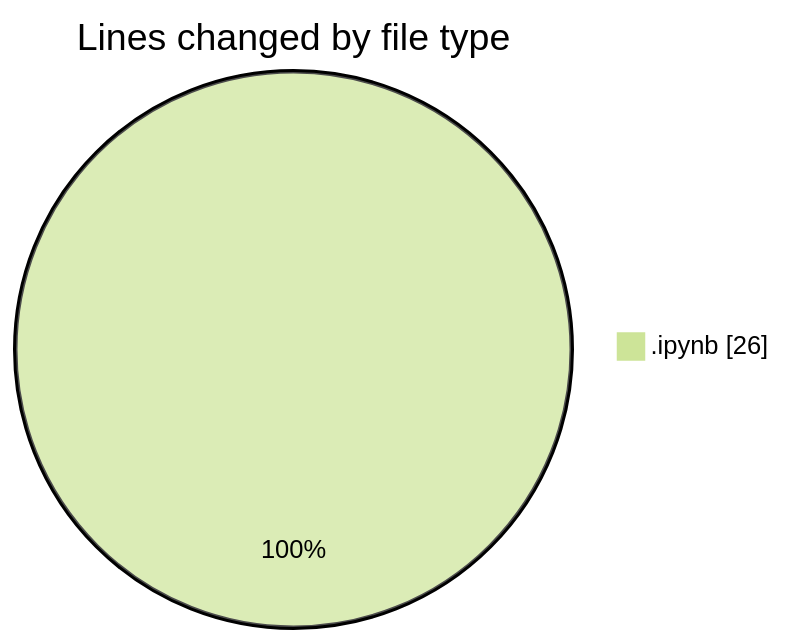
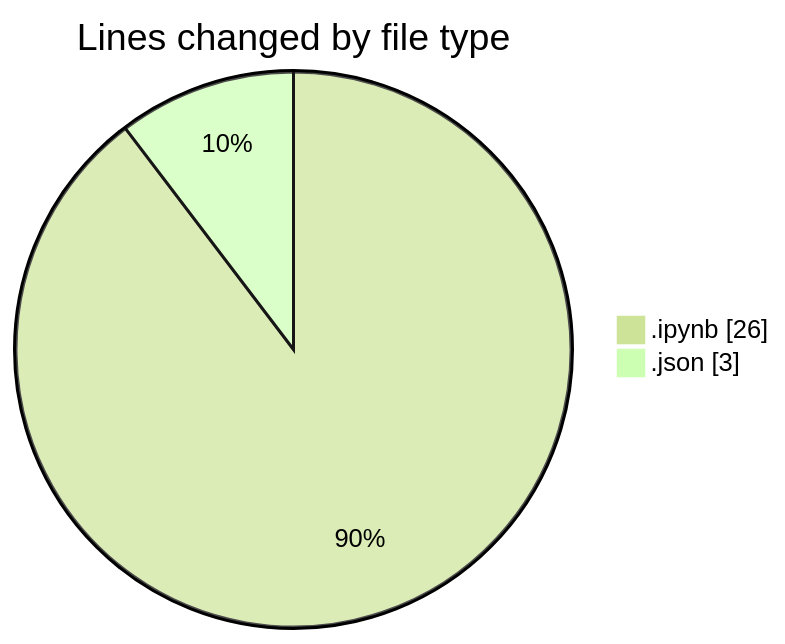
Before and after one commit to hasnaa123/code-tracking: the first of 2 diagrams in 2026-02-26/python_ai/README.md, drawn with Mermaid (forest theme). The commit also changed other lines of this file and 1 other file, not shown here.

````diff
--- a/2026-02-26/python_ai/README.md
+++ b/2026-02-26/python_ai/README.md
@@ -20,5 +21,6 @@
 ```mermaid
 pie showData
 title Lines changed by file type
 ".ipynb" : 26
+".json" : 3
 ```
````
